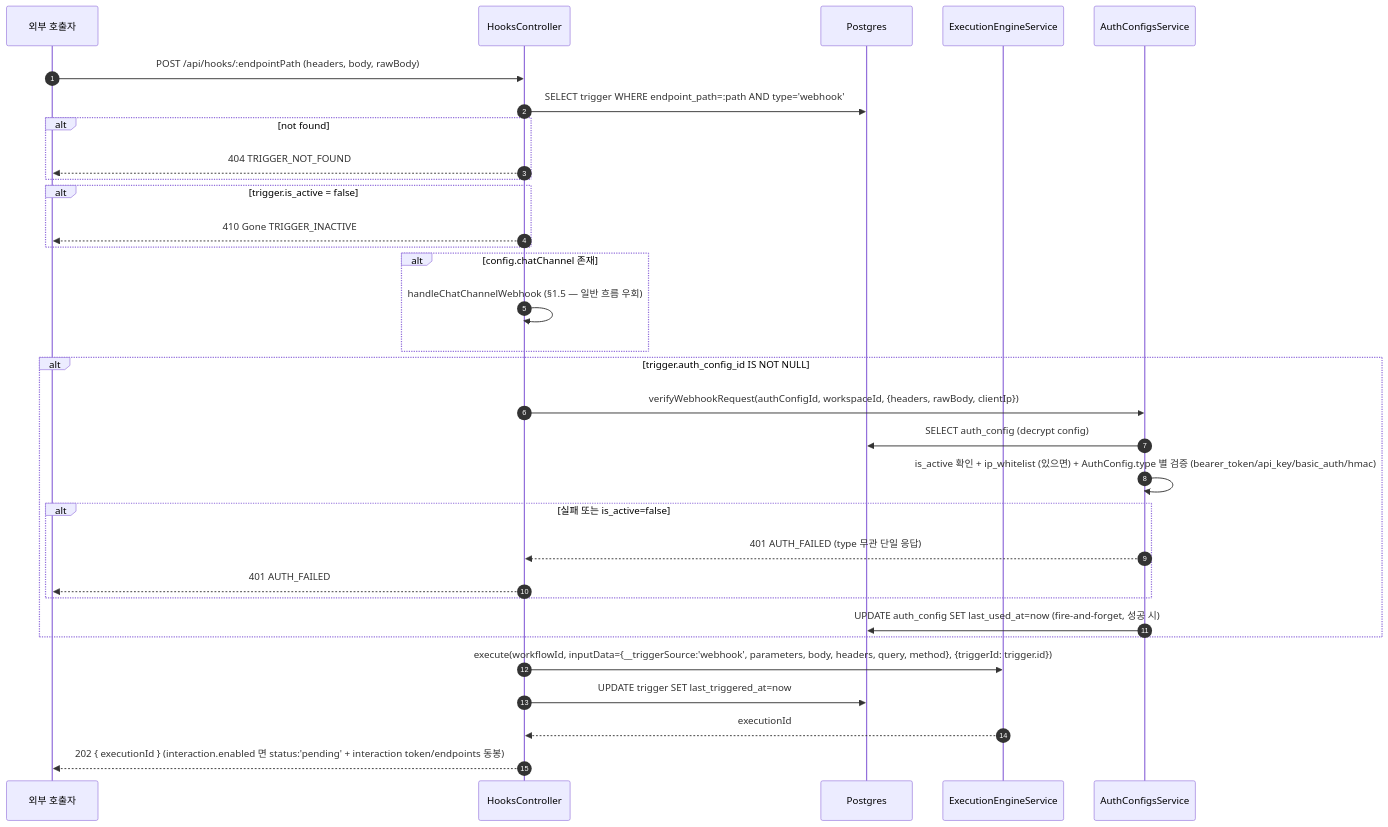
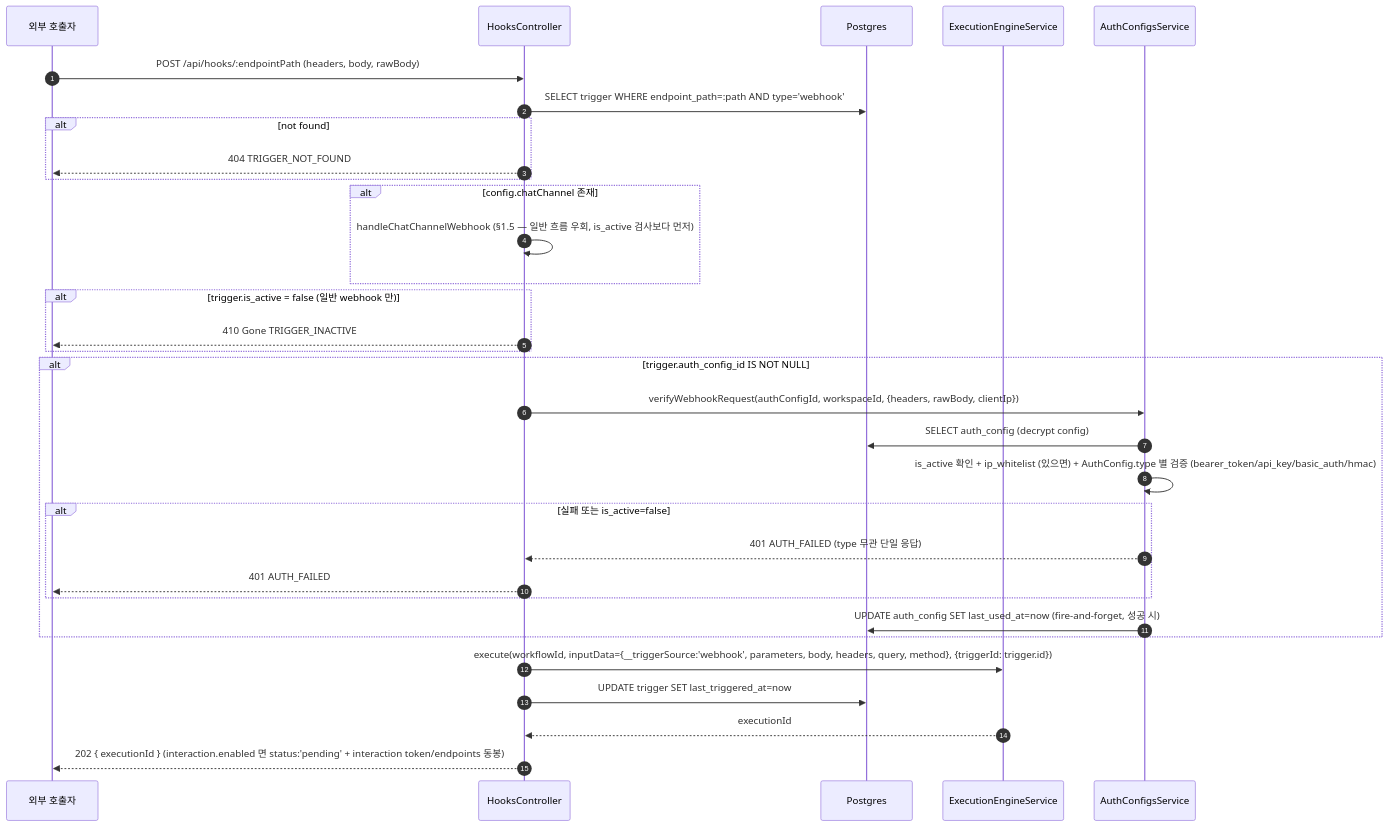
The second of 3 diagrams in spec/data-flow/10-triggers.md (worker-ants/clemvion), drawn with Mermaid before and after one commit. The commit also changed other lines of this file and 89 other files, not shown here.

First line of the commit message:
docs(spec): spec↔code 전수 상호 감사 — 역방향 커버리지 + drift 동기화 + data-flow 재구성 (위반 19건 보고) (#516)

````diff
--- a/spec/data-flow/10-triggers.md
+++ b/spec/data-flow/10-triggers.md
@@ -46,36 +59,36 @@
 ```mermaid
 sequenceDiagram
   autonumber
   participant Ext as 외부 호출자
   participant Hk as HooksController
   participant PG as Postgres
   participant Eng as ExecutionEngineService
 
   participant AC as AuthConfigsService
 
   Ext->>Hk: POST /api/hooks/:endpointPath (headers, body, rawBody)
   Hk->>PG: SELECT trigger WHERE endpoint_path=:path AND type='webhook'
   alt not found
     Hk-->>Ext: 404 TRIGGER_NOT_FOUND
   end
-  alt trigger.is_active = false
+  alt config.chatChannel 존재
+    Hk->>Hk: handleChatChannelWebhook (§1.5 — 일반 흐름 우회, is_active 검사보다 먼저)
+  end
+  alt trigger.is_active = false (일반 webhook 만)
     Hk-->>Ext: 410 Gone TRIGGER_INACTIVE
-  end
-  alt config.chatChannel 존재
-    Hk->>Hk: handleChatChannelWebhook (§1.5 — 일반 흐름 우회)
   end
   alt trigger.auth_config_id IS NOT NULL
     Hk->>AC: verifyWebhookRequest(authConfigId, workspaceId, {headers, rawBody, clientIp})
     AC->>PG: SELECT auth_config (decrypt config)
     AC->>AC: is_active 확인 + ip_whitelist (있으면) + AuthConfig.type 별 검증 (bearer_token/api_key/basic_auth/hmac)
     alt 실패 또는 is_active=false
       AC-->>Hk: 401 AUTH_FAILED (type 무관 단일 응답)
       Hk-->>Ext: 401 AUTH_FAILED
     end
     AC->>PG: UPDATE auth_config SET last_used_at=now (fire-and-forget, 성공 시)
   end
   Hk->>Eng: execute(workflowId, inputData={__triggerSource:'webhook', parameters, body, headers, query, method}, {triggerId: trigger.id})
   Hk->>PG: UPDATE trigger SET last_triggered_at=now
   Eng-->>Hk: executionId
   Hk-->>Ext: 202 { executionId } (interaction.enabled 면 status:'pending' + interaction token/endpoints 동봉)
 ```
````
